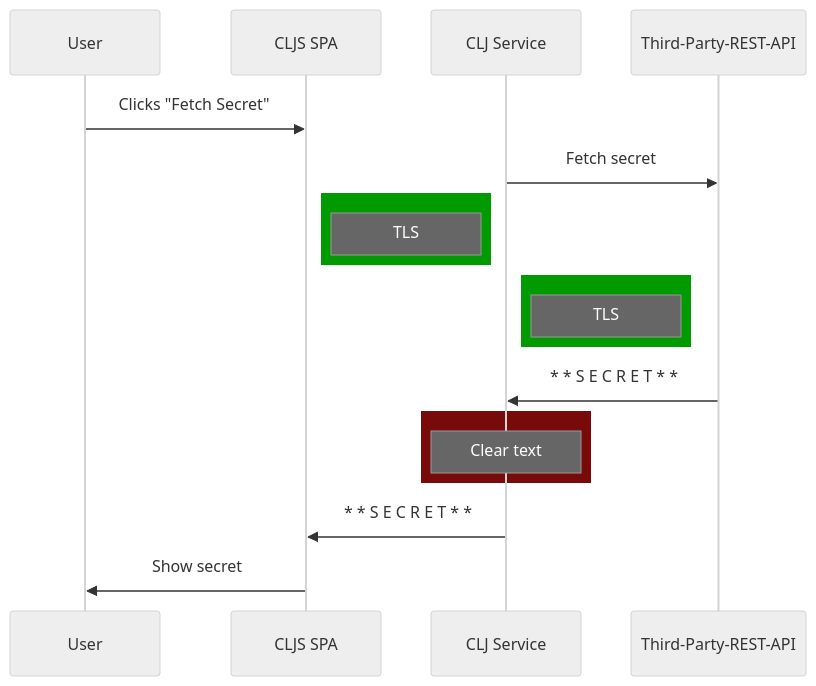
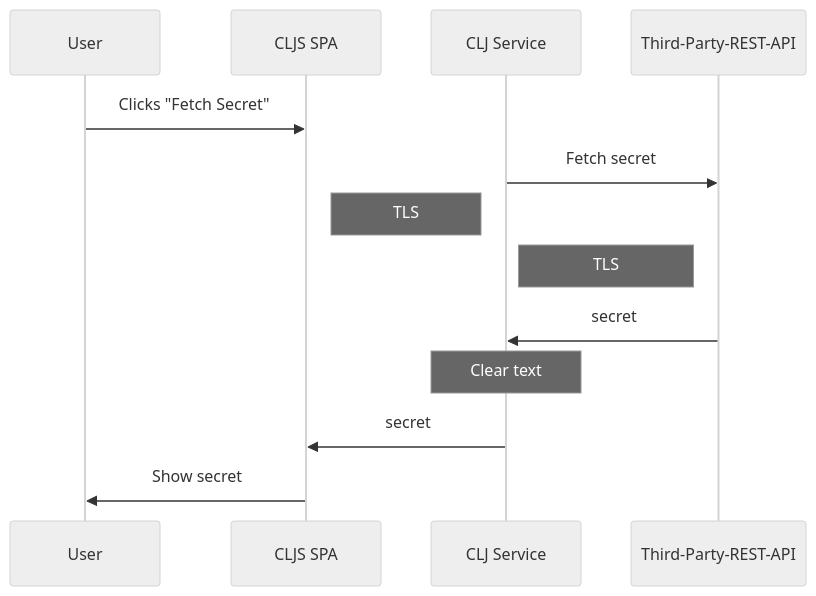
Before and after one commit to raymcdermott/ok2cry: the first of 2 diagrams in docs/motivation.md, drawn with Mermaid (neutral theme). The commit also changed other lines of this file, not shown here.

````diff
--- a/docs/motivation.md
+++ b/docs/motivation.md
@@ -1,17 +5,11 @@
 ```mermaid
 sequenceDiagram
 User->>CLJS SPA: Clicks "Fetch Secret"
 CLJ Service->>Third-Party-REST-API: Fetch secret
-rect rgb(0, 155, 0)
 Note left of CLJ Service: TLS
-end
-rect rgb(0, 155, 0)
-Note right of CLJ Service: TLS
-end
-Third-Party-REST-API->>CLJ Service: * * S E C R E T * *
-rect rgb(120, 10, 10)
+Note left of Third-Party-REST-API: TLS
+Third-Party-REST-API->>CLJ Service: secret
 Note over CLJ Service: Clear text
-end 
-CLJ Service->>CLJS SPA: * * S E C R E T * *
+CLJ Service->>CLJS SPA: secret
 CLJS SPA->>User: Show secret
 ```
````
